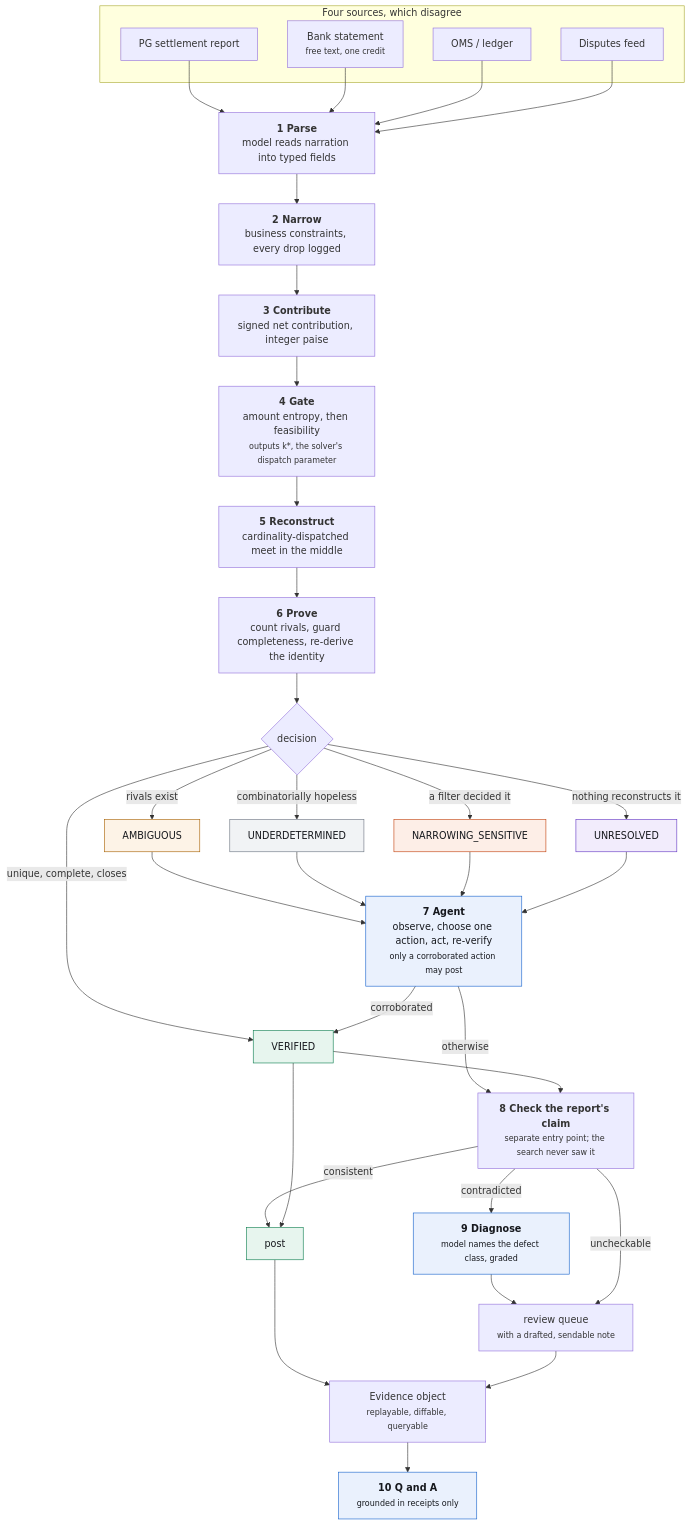
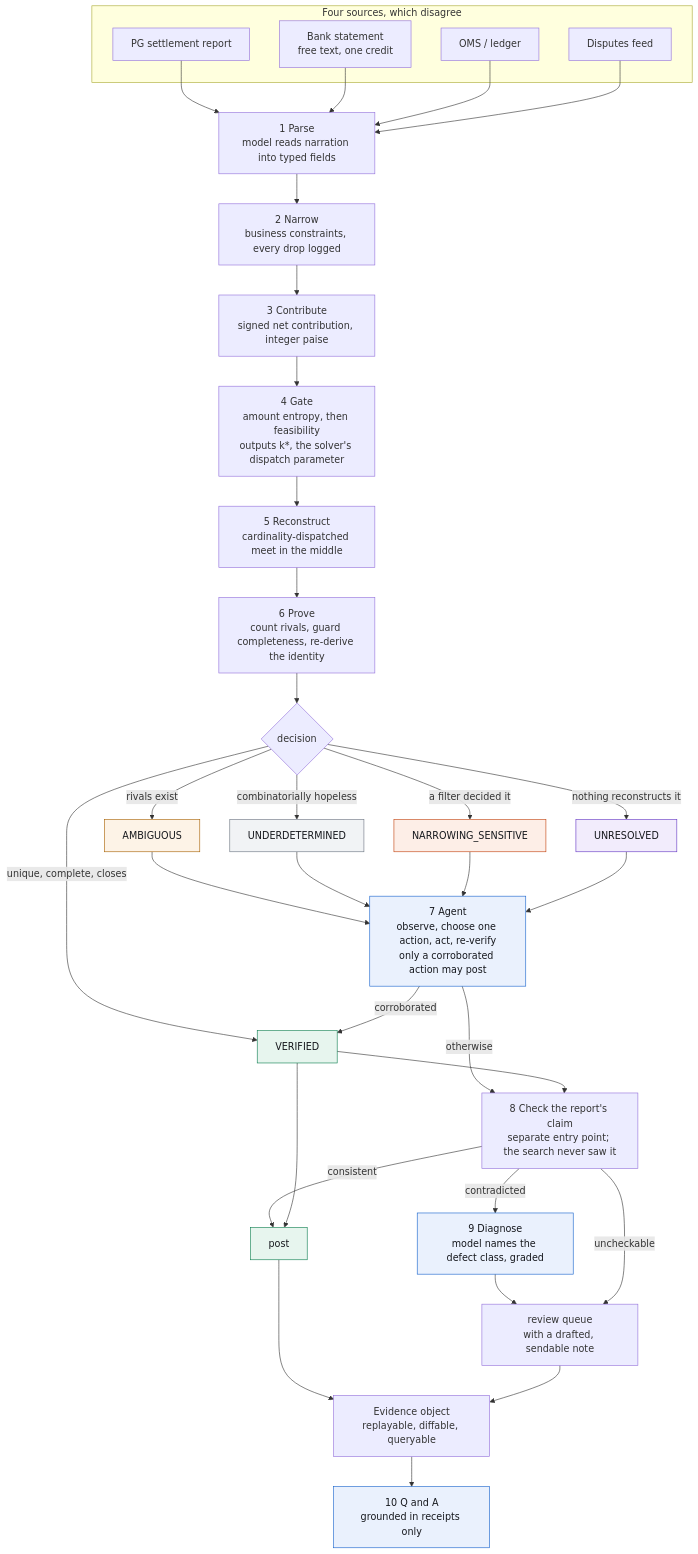
One commit to Rishi0507/Manhattan changed the diagram in docs/diagrams/readme-1.mmd. Above: the diagram before and after it, drawn with Mermaid. The commit also changed 13 other files, not shown here.

Commit message:
drop the track number, untag mermaid labels, and settle the header mark

```diff
--- a/docs/diagrams/readme-1.mmd
+++ b/docs/diagrams/readme-1.mmd
@@ -1,57 +1,57 @@
 flowchart TB
     subgraph SRC["Four sources, which disagree"]
         PG["PG settlement report"]
-        BANK["Bank statement<br/><small>free text, one credit</small>"]
+        BANK["Bank statement<br/>free text, one credit"]
         OMS["OMS / ledger"]
         DIS["Disputes feed"]
     end
 
     PG --> S1
     BANK --> S1
     OMS --> S1
     DIS --> S1
 
-    S1["<b>1 Parse</b><br/>model reads narration into typed fields"]
-    S2["<b>2 Narrow</b><br/>business constraints, every drop logged"]
-    S3["<b>3 Contribute</b><br/>signed net contribution, integer paise"]
-    S4["<b>4 Gate</b><br/>amount entropy, then feasibility<br/><small>outputs k*, the solver's dispatch parameter</small>"]
-    S5["<b>5 Reconstruct</b><br/>cardinality-dispatched meet in the middle"]
-    S6["<b>6 Prove</b><br/>count rivals, guard completeness, re-derive the identity"]
+    S1["1 Parse<br/>model reads narration into typed fields"]
+    S2["2 Narrow<br/>business constraints, every drop logged"]
+    S3["3 Contribute<br/>signed net contribution, integer paise"]
+    S4["4 Gate<br/>amount entropy, then feasibility<br/>outputs k*, the solver's dispatch parameter"]
+    S5["5 Reconstruct<br/>cardinality-dispatched meet in the middle"]
+    S6["6 Prove<br/>count rivals, guard completeness, re-derive the identity"]
 
     S1 --> S2 --> S3 --> S4 --> S5 --> S6
     S6 --> D{"decision"}
 
     D -->|"unique, complete, closes"| V["VERIFIED"]
     D -->|"rivals exist"| A["AMBIGUOUS"]
     D -->|"combinatorially hopeless"| U["UNDERDETERMINED"]
     D -->|"a filter decided it"| NS["NARROWING_SENSITIVE"]
     D -->|"nothing reconstructs it"| UR["UNRESOLVED"]
 
     A --> S7
     U --> S7
     NS --> S7
-    UR --> S7["<b>7 Agent</b><br/>observe, choose one action, act, re-verify<br/><small>only a corroborated action may post</small>"]
+    UR --> S7["7 Agent<br/>observe, choose one action, act, re-verify<br/>only a corroborated action may post"]
 
     S7 -->|"corroborated"| V
     S7 -->|otherwise| CLAIM
 
-    V --> CLAIM["<b>8 Check the report's claim</b><br/><small>separate entry point; the search never saw it</small>"]
+    V --> CLAIM["8 Check the report's claim<br/>separate entry point; the search never saw it"]
     CLAIM -->|"consistent"| POST["post"]
-    CLAIM -->|"contradicted"| DX["<b>9 Diagnose</b><br/><small>model names the defect class, graded</small>"]
+    CLAIM -->|"contradicted"| DX["9 Diagnose<br/>model names the defect class, graded"]
     DX --> REV
-    CLAIM -->|"uncheckable"| REV["review queue<br/><small>with a drafted, sendable note</small>"]
+    CLAIM -->|"uncheckable"| REV["review queue<br/>with a drafted, sendable note"]
 
     V --> POST
-    POST --> EV["Evidence object<br/><small>replayable, diffable, queryable</small>"]
+    POST --> EV["Evidence object<br/>replayable, diffable, queryable"]
     REV --> EV
-    EV --> QA["<b>10 Q and A</b><br/><small>grounded in receipts only</small>"]
+    EV --> QA["10 Q and A<br/>grounded in receipts only"]
 
     style V fill:#e7f5ee,stroke:#0a7d4e,color:#16181d
     style POST fill:#e7f5ee,stroke:#0a7d4e,color:#16181d
     style A fill:#fdf3e7,stroke:#a76100,color:#16181d
     style U fill:#f1f3f5,stroke:#6b7480,color:#16181d
     style NS fill:#fdeee7,stroke:#c2410c,color:#16181d
     style UR fill:#f2ecfc,stroke:#6335c4,color:#16181d
     style S7 fill:#eaf1fd,stroke:#1461cc,color:#16181d
     style DX fill:#eaf1fd,stroke:#1461cc,color:#16181d
     style QA fill:#eaf1fd,stroke:#1461cc,color:#16181d
```
